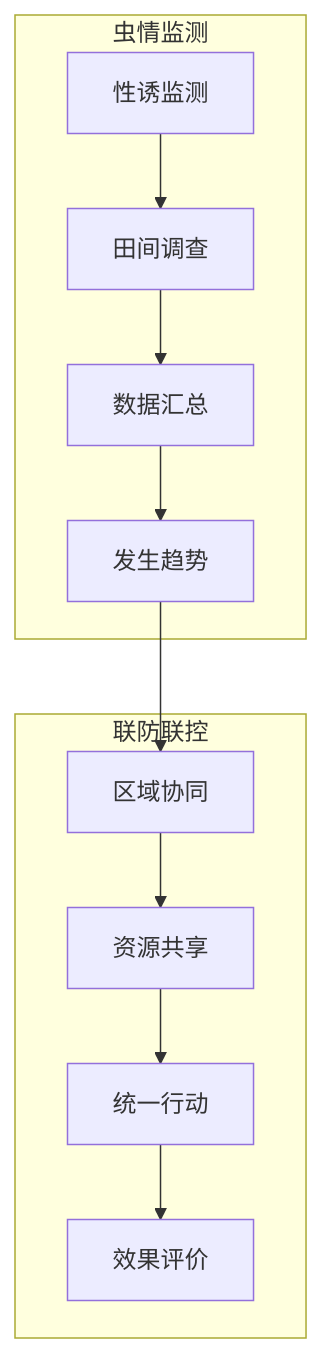
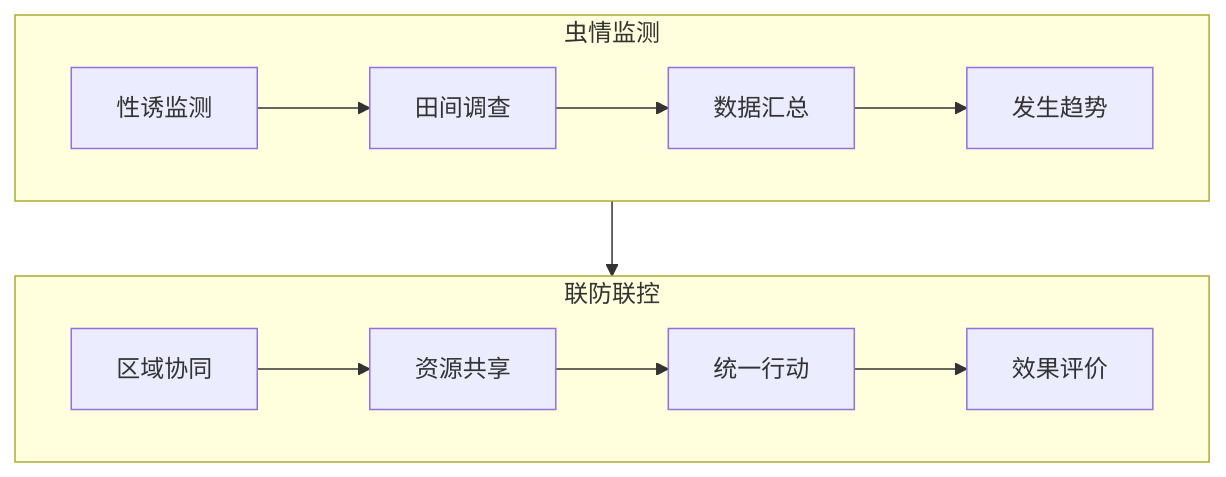
One commit to ericapaeus/awesome-requirements changed the second of 4 diagrams in docs/overview/current-system.md. Above: the diagram before and after it, drawn with Mermaid. The commit also changed other lines of this file and 88 other files, not shown here.

````diff
--- a/docs/overview/current-system.md
+++ b/docs/overview/current-system.md
@@ -95,16 +98,18 @@
 ```mermaid
 graph TB
-    subgraph 虫情监测
+    subgraph G1 [虫情监测]
+    direction LR
     A1[性诱监测] --> A2[田间调查]
     A2 --> A3[数据汇总]
     A3 --> A4[发生趋势]
     end
 
-    subgraph 联防联控
+    subgraph G2 [联防联控]
+    direction LR
     B1[区域协同] --> B2[资源共享]
     B2 --> B3[统一行动]
     B3 --> B4[效果评价]
     end
 
-    A4 --> B1
+    G1 --> G2
 ```
````
